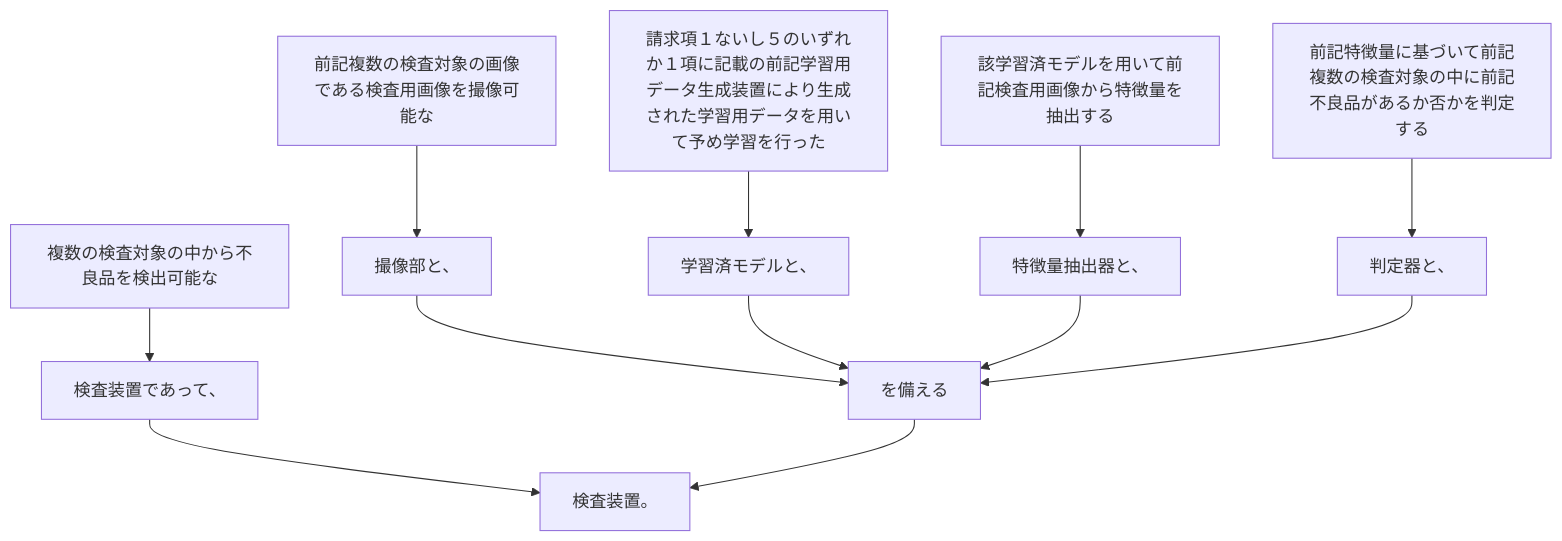
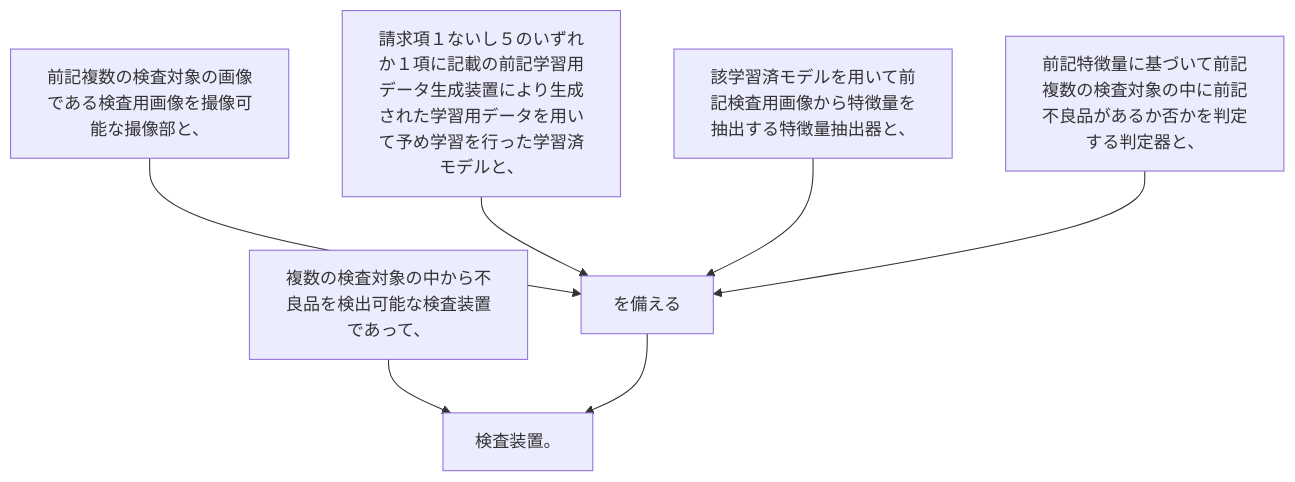
Before and after one commit to shinmori55/patent_analyzed: the diagram in 2024/JP2024000284A/claim_11/README.md, drawn with Mermaid. The commit also changed 19 other files, not shown here.

````diff
--- a/2024/JP2024000284A/claim_11/README.md
+++ b/2024/JP2024000284A/claim_11/README.md
@@ -7,26 +7,16 @@
 ```mermaid
 flowchart TD
-A[複数の検査対象の中から不良品を検出可能な]
-B[検査装置であって、]
-C[前記複数の検査対象の画像である検査用画像を撮像可能な]
-D[撮像部と、]
-E[請求項１ないし５のいずれか１項に記載の前記学習用データ生成装置により生成された学習用データを用いて予め学習を行った]
-F[学習済モデルと、]
-G[該学習済モデルを用いて前記検査用画像から特徴量を抽出する]
-H[特徴量抽出器と、]
-I[前記特徴量に基づいて前記複数の検査対象の中に前記不良品があるか否かを判定する]
-J[判定器と、]
-K[を備える]
-L[検査装置。]
-A --> B
-B --> L
-C --> D
-D --> K
+A[複数の検査対象の中から不良品を検出可能な検査装置であって、]
+B[前記複数の検査対象の画像である検査用画像を撮像可能な撮像部と、]
+C[請求項１ないし５のいずれか１項に記載の前記学習用データ生成装置により生成された学習用データを用いて予め学習を行った学習済モデルと、]
+D[該学習済モデルを用いて前記検査用画像から特徴量を抽出する特徴量抽出器と、]
+E[前記特徴量に基づいて前記複数の検査対象の中に前記不良品があるか否かを判定する判定器と、]
+F[を備える]
+G[検査装置。]
+A --> G
+B --> F
+C --> F
+D --> F
 E --> F
-F --> K
-G --> H
-H --> K
-I --> J
-J --> K
-K --> L
+F --> G
 ```
````
